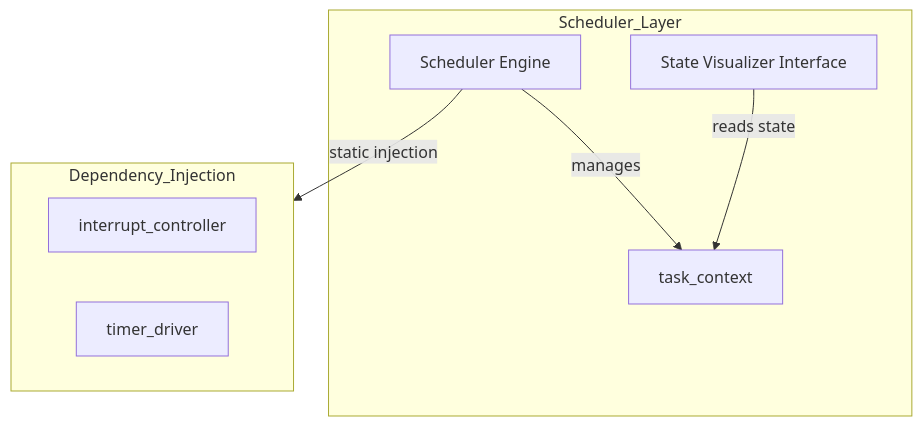
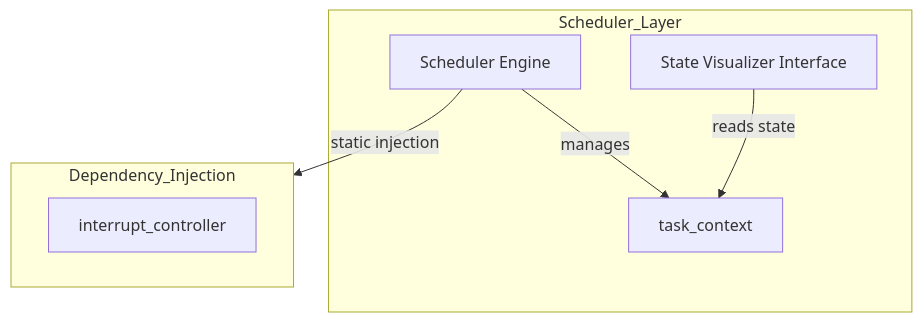
The first of 3 diagrams in docs/components/tier1_core/os_scheduler.md (kmt-t/fireball), drawn with Mermaid before and after one commit. The commit also changed other lines of this file and 18 other files, not shown here.

Commit message:
docs: harmonize component diagrams, state transitions, and symlinks across specifications

````diff
--- a/docs/components/tier1_core/os_scheduler.md
+++ b/docs/components/tier1_core/os_scheduler.md
@@ -27,17 +27,16 @@
 ```mermaid
 graph TD
     subgraph Scheduler_Layer
         Engine[Scheduler Engine]
         TCB[task_context]
         Vis[State Visualizer Interface]
     end
 
     subgraph Dependency_Injection
         I_IF[interrupt_controller]
-        T_IF[timer_driver]
     end
 
     Engine -- static injection --> Dependency_Injection
     Engine -- manages --> TCB
     Vis -- reads state --> TCB
 ```
````
